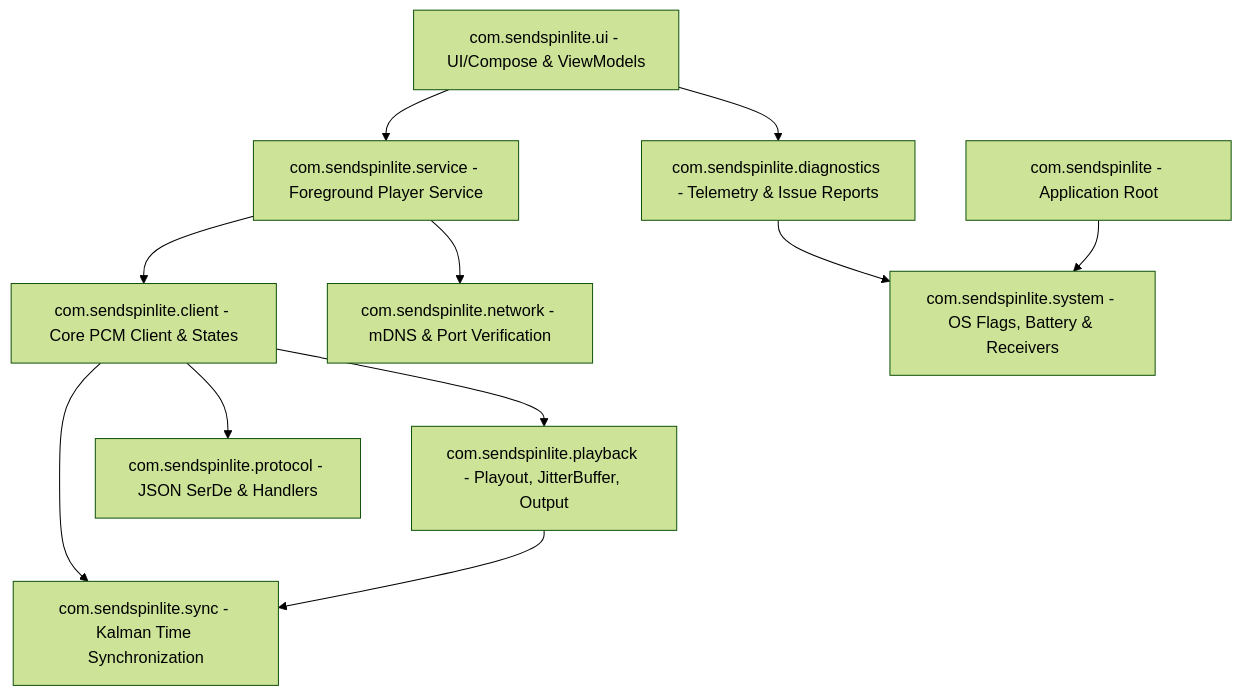
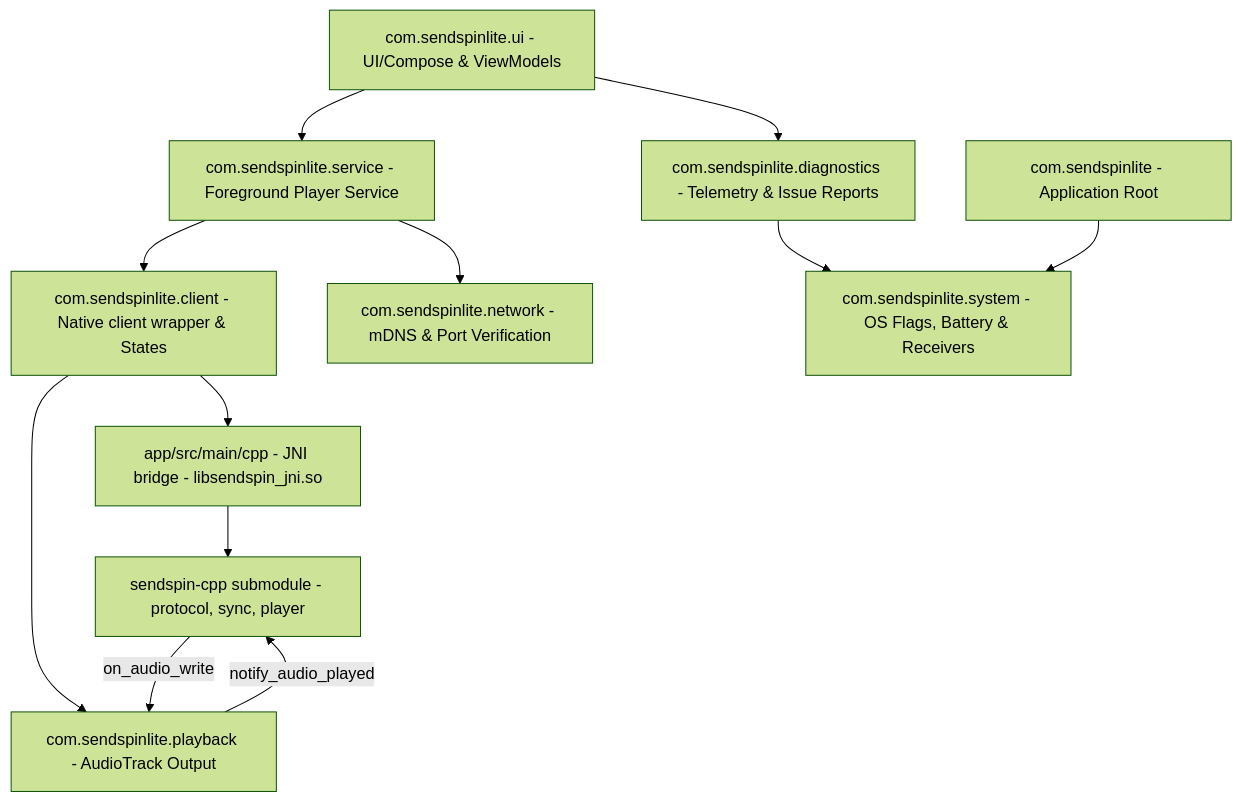
One commit to pantherale0/sendspinlite changed the diagram in ARCH.md. Above: the diagram before and after it, drawn with Mermaid (forest theme). The commit also changed other lines of this file and 39 other files, not shown here.

First line of the commit message:
feat: integrate sendspin-cpp submodule for native client functionality

````diff
--- a/ARCH.md
+++ b/ARCH.md
@@ -15,26 +15,27 @@
 ```mermaid
 graph TD
     %% Define Nodes
     Root[com.sendspinlite - Application Root]
     UI[com.sendspinlite.ui - UI/Compose & ViewModels]
     Service[com.sendspinlite.service - Foreground Player Service]
-    Client[com.sendspinlite.client - Core PCM Client & States]
-    Sync[com.sendspinlite.sync - Kalman Time Synchronization]
-    Playback[com.sendspinlite.playback - Playout, JitterBuffer, Output]
-    Protocol[com.sendspinlite.protocol - JSON SerDe & Handlers]
+    Client[com.sendspinlite.client - Native client wrapper & States]
+    Jni[app/src/main/cpp - JNI bridge - libsendspin_jni.so]
+    Cpp[sendspin-cpp submodule - protocol, sync, player]
+    Playback[com.sendspinlite.playback - AudioTrack Output]
     Network[com.sendspinlite.network - mDNS & Port Verification]
     Diag[com.sendspinlite.diagnostics - Telemetry & Issue Reports]
     Sys[com.sendspinlite.system - OS Flags, Battery & Receivers]
 
     %% Package Connections
     UI --> Service
     Service --> Client
-    Client --> Protocol
+    Client --> Jni
+    Jni --> Cpp
     Client --> Playback
-    Client --> Sync
-    Playback --> Sync
+    Cpp -->|on_audio_write| Playback
+    Playback -->|notify_audio_played| Cpp
     Service --> Network
     UI --> Diag
     Diag --> Sys
     Root --> Sys
 ```
````
